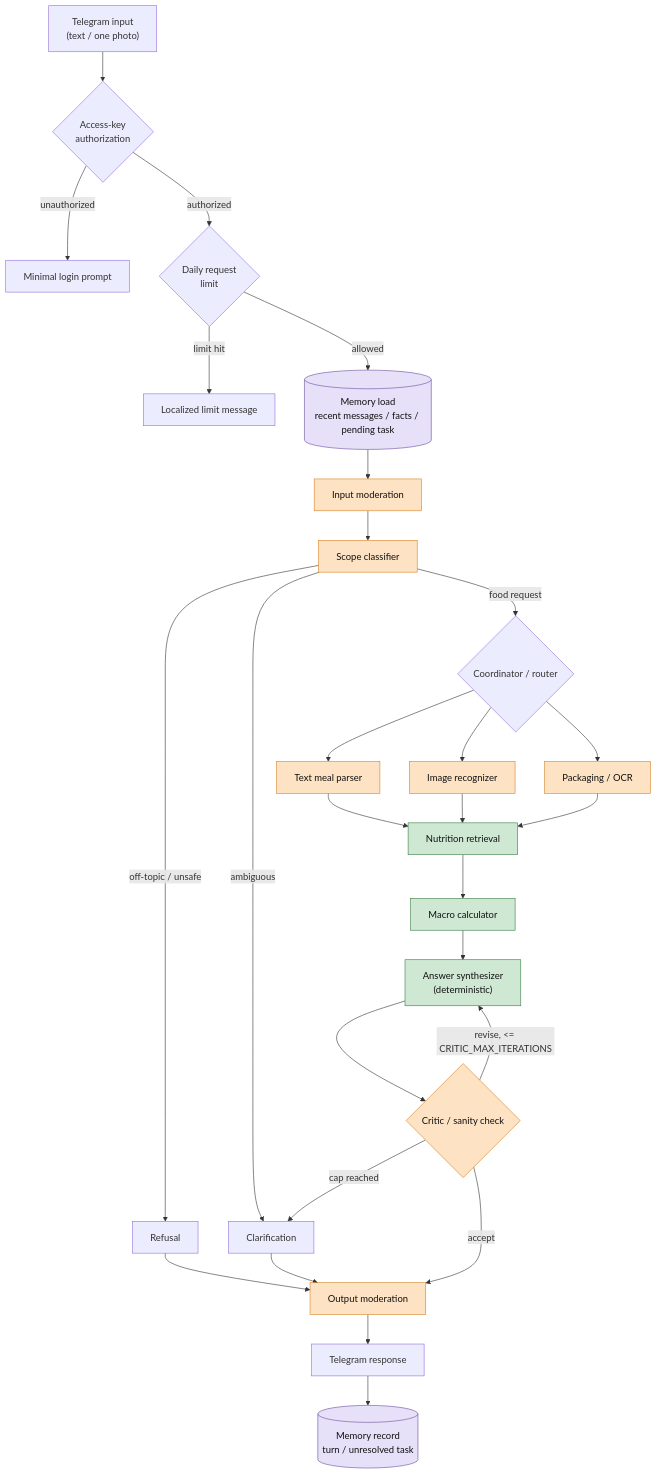
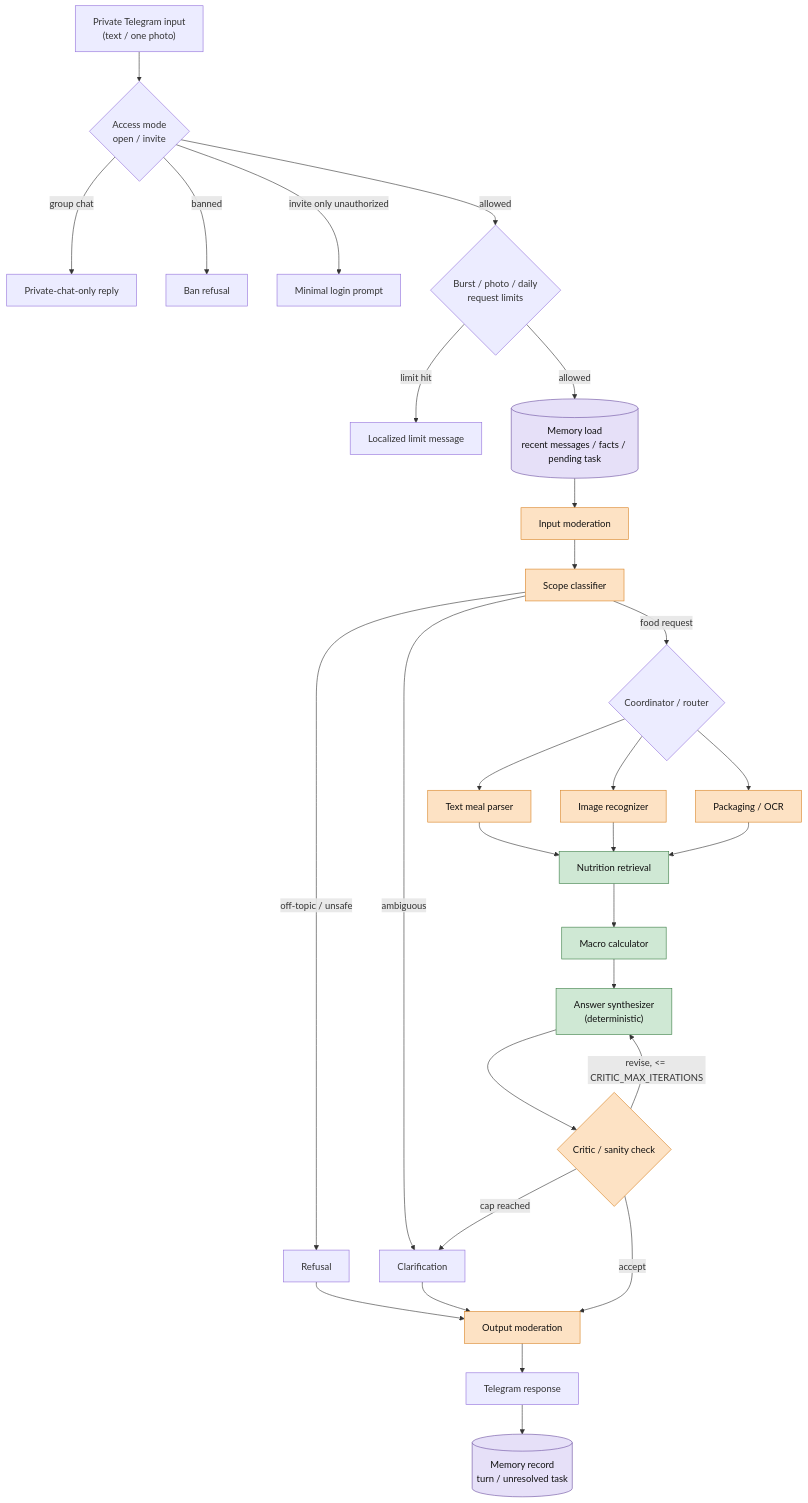
The first of 2 diagrams in README.md (fomin-n/nutrition-agent), drawn with Mermaid before and after one commit. The commit also changed other lines of this file and 2 other files, not shown here.

First line of the commit message:
Document open access readiness

````diff
--- a/README.md
+++ b/README.md
@@ -47,36 +45,38 @@
 ```mermaid
 flowchart TD
-    U["Telegram input<br/>(text / one photo)"] --> AUTH{"Access-key<br/>authorization"}
-    AUTH -->|unauthorized| LOGIN["Minimal login prompt"]
-    AUTH -->|authorized| LIMIT{"Daily request<br/>limit"}
+    U["Private Telegram input<br/>(text / one photo)"] --> ACCESS{"Access mode<br/>open / invite"}
+    ACCESS -->|group chat| GROUP["Private-chat-only reply"]
+    ACCESS -->|banned| BAN["Ban refusal"]
+    ACCESS -->|invite only unauthorized| LOGIN["Minimal login prompt"]
+    ACCESS -->|allowed| LIMIT{"Burst / photo / daily<br/>request limits"}
     LIMIT -->|limit hit| RATE["Localized limit message"]
     LIMIT -->|allowed| MEM[("Memory load<br/>recent messages / facts / pending task")]
     MEM --> MOD1["Input moderation"]
     MOD1 --> SCOPE["Scope classifier"]
     SCOPE -->|off-topic / unsafe| REF["Refusal"]
     SCOPE -->|ambiguous| CLR["Clarification"]
     SCOPE -->|food request| ROUTE{"Coordinator / router"}
     ROUTE --> TP["Text meal parser"]
     ROUTE --> IR["Image recognizer"]
     ROUTE --> PK["Packaging / OCR"]
     TP --> RET["Nutrition retrieval"]
     IR --> RET
     PK --> RET
     RET --> CALC["Macro calculator"]
     CALC --> SYN["Answer synthesizer<br/>(deterministic)"]
     SYN --> CRIT{"Critic / sanity check"}
     CRIT -->|revise, <= CRITIC_MAX_ITERATIONS| SYN
     CRIT -->|cap reached| CLR
     CRIT -->|accept| MOD2["Output moderation"]
     REF --> MOD2
     CLR --> MOD2
     MOD2 --> OUT["Telegram response"]
     OUT --> MEMW[("Memory record<br/>turn / unresolved task")]
 
     classDef llm fill:#fde2c4,stroke:#d98324,color:#111;
     classDef det fill:#cfe8d4,stroke:#3a7d44,color:#111;
     classDef mem fill:#e6e0f8,stroke:#6b4fa0,color:#111;
     class MOD1,SCOPE,TP,IR,PK,CRIT,MOD2 llm;
     class RET,CALC,SYN det;
     class MEM,MEMW mem;
 ```
````
